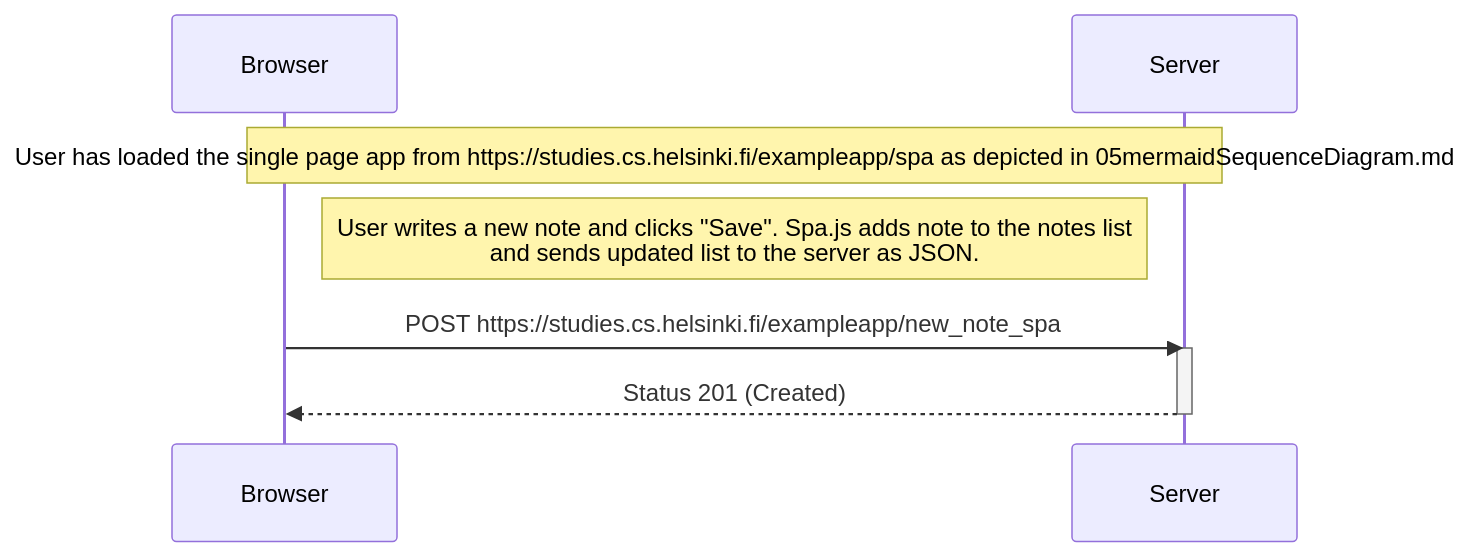
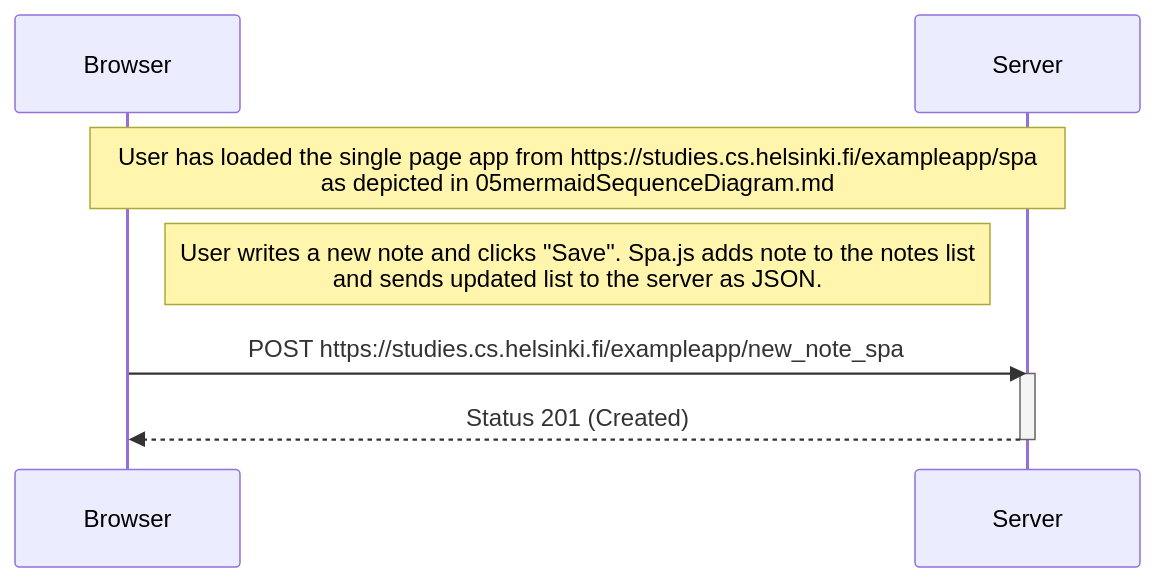
Before and after one commit to AngryShopkeeper/FullStackCourse: the diagram in part0/06mermaidSequenceDiagram.md, drawn with Mermaid.

Commit message:
Added a linebreak.

````diff
--- a/part0/06mermaidSequenceDiagram.md
+++ b/part0/06mermaidSequenceDiagram.md
@@ -1,14 +1,14 @@
 ```mermaid
 sequenceDiagram
     participant Browser
     participant Server
 
-Note over Browser,Server: User has loaded the single page app from https://studies.cs.helsinki.fi/exampleapp/spa as depicted in 05mermaidSequenceDiagram.md
+Note over Browser,Server: User has loaded the single page app from https://studies.cs.helsinki.fi/exampleapp/spa <br/>as depicted in 05mermaidSequenceDiagram.md
 
 note right of Browser: User writes a new note and clicks "Save". Spa.js adds note to the notes list<br/> and sends updated list to the server as JSON. 
 
 Browser->>Server: POST https://studies.cs.helsinki.fi/exampleapp/new_note_spa
 activate Server
 Server-->>Browser: Status 201 (Created)
 deactivate Server
 ``` 
````
